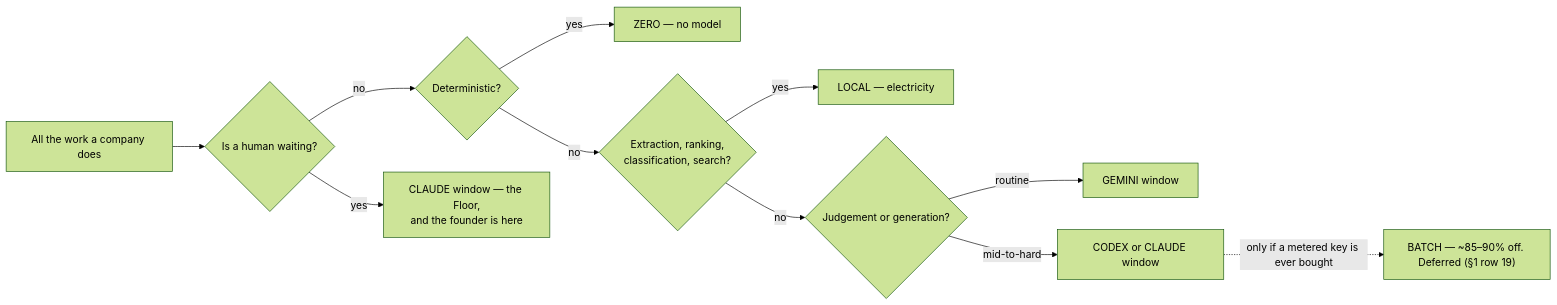
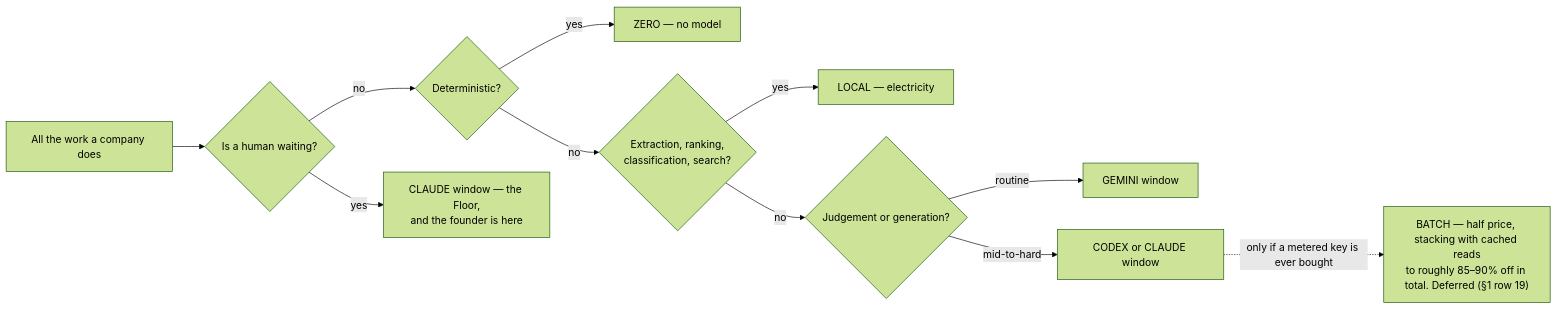
Diagram 26 of 27 in docs/03-system-design/final/FINAL-PLAN.md (Adam077K/agentvibe), drawn with Mermaid (forest theme) before and after one commit. The commit also changed other lines of this file and 2 other files, not shown here.

First line of the commit message:
docs(final): apply the reviewer's thirty findings — argv narrowing on every shape, taint decided at dispatch, the successor rule's mechanism, one writer per file, four fates only, the seven coverage doubts settled

````diff
--- a/docs/03-system-design/final/FINAL-PLAN.md
+++ b/docs/03-system-design/final/FINAL-PLAN.md
@@ -2017,13 +2043,13 @@
 ```mermaid
 flowchart LR
     ALL["All the work a company does"] --> S1{"Is a human waiting?"}
     S1 -->|"no"| S2{"Deterministic?"}
     S2 -->|"yes"| Z["ZERO — no model"]
     S2 -->|"no"| S3{"Extraction, ranking,<br/>classification, search?"}
     S3 -->|"yes"| L["LOCAL — electricity"]
     S3 -->|"no"| S4{"Judgement or generation?"}
     S4 -->|"routine"| G["GEMINI window"]
     S4 -->|"mid-to-hard"| B["CODEX or CLAUDE window"]
     S1 -->|"yes"| I["CLAUDE window — the Floor,<br/>and the founder is here"]
-    B -.->|"only if a metered key is ever bought"| BATCH["BATCH — ~85–90% off. Deferred (§1 row 19)"]
+    B -.->|"only if a metered key is ever bought"| BATCH["BATCH — half price, stacking with cached reads<br/>to roughly 85–90% off in total. Deferred (§1 row 19)"]
 ```
````
